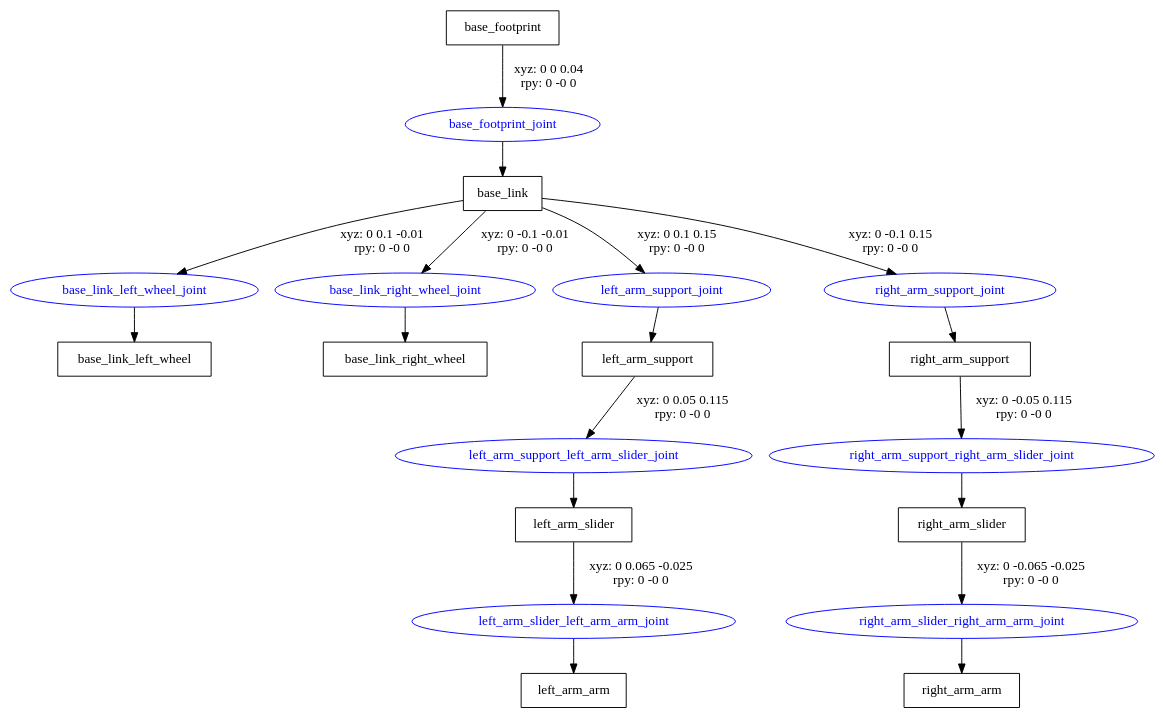
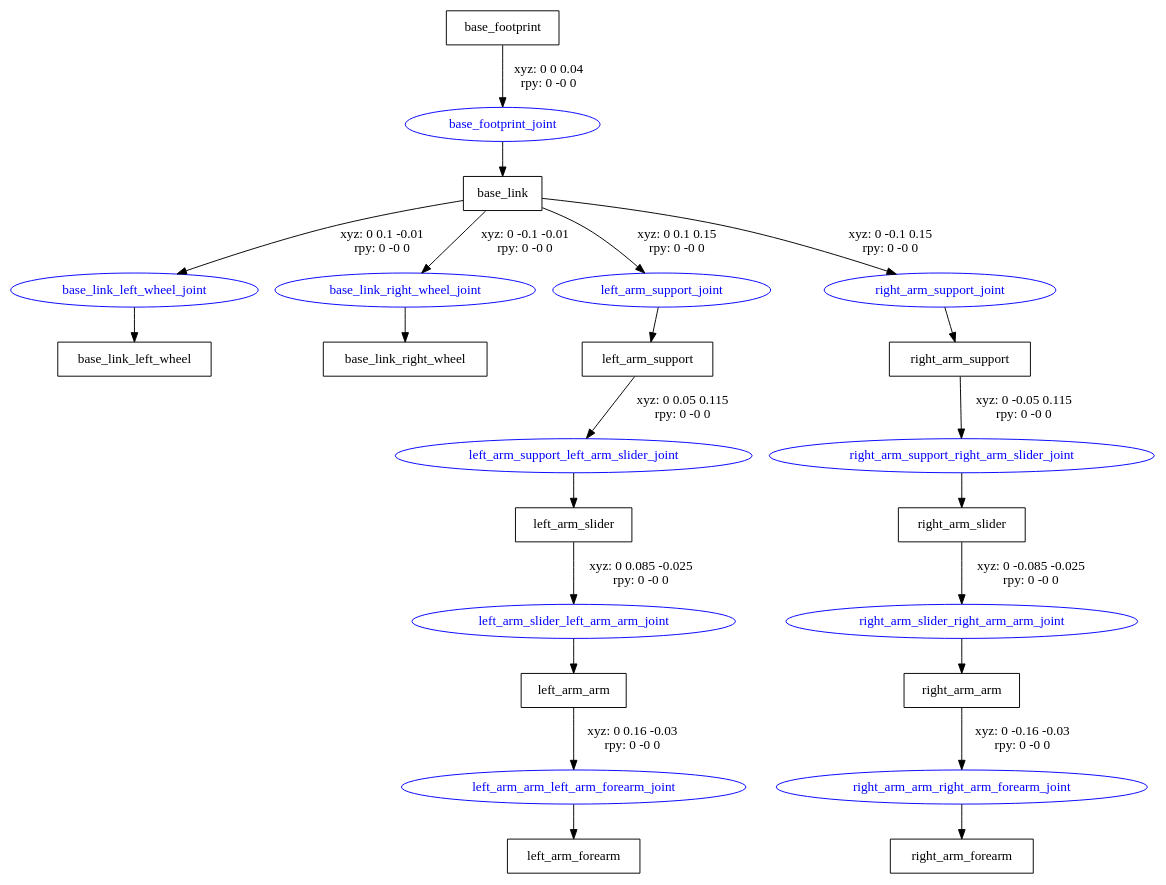
Before and after one commit to cvra/cvra_debra_ros: the diagram in debra_description/urdf/debra.gv, drawn with Graphviz. The commit also changed 5 other files, not shown here.

Commit message:
Add forearm link & elbow joint

```diff
--- a/debra_description/urdf/debra.gv
+++ b/debra_description/urdf/debra.gv
@@ -1,32 +1,38 @@
 digraph G {
 node [shape=box];
 "base_footprint" [label="base_footprint"];
 "base_link" [label="base_link"];
 "base_link_left_wheel" [label="base_link_left_wheel"];
 "base_link_right_wheel" [label="base_link_right_wheel"];
 "left_arm_support" [label="left_arm_support"];
 "left_arm_slider" [label="left_arm_slider"];
 "left_arm_arm" [label="left_arm_arm"];
+"left_arm_forearm" [label="left_arm_forearm"];
 "right_arm_support" [label="right_arm_support"];
 "right_arm_slider" [label="right_arm_slider"];
 "right_arm_arm" [label="right_arm_arm"];
+"right_arm_forearm" [label="right_arm_forearm"];
 node [shape=ellipse, color=blue, fontcolor=blue];
 "base_footprint" -> "base_footprint_joint" [label="xyz: 0 0 0.04 \nrpy: 0 -0 0"]
 "base_footprint_joint" -> "base_link"
 "base_link" -> "base_link_left_wheel_joint" [label="xyz: 0 0.1 -0.01 \nrpy: 0 -0 0"]
 "base_link_left_wheel_joint" -> "base_link_left_wheel"
 "base_link" -> "base_link_right_wheel_joint" [label="xyz: 0 -0.1 -0.01 \nrpy: 0 -0 0"]
 "base_link_right_wheel_joint" -> "base_link_right_wheel"
 "base_link" -> "left_arm_support_joint" [label="xyz: 0 0.1 0.15 \nrpy: 0 -0 0"]
 "left_arm_support_joint" -> "left_arm_support"
 "left_arm_support" -> "left_arm_support_left_arm_slider_joint" [label="xyz: 0 0.05 0.115 \nrpy: 0 -0 0"]
 "left_arm_support_left_arm_slider_joint" -> "left_arm_slider"
-"left_arm_slider" -> "left_arm_slider_left_arm_arm_joint" [label="xyz: 0 0.065 -0.025 \nrpy: 0 -0 0"]
+"left_arm_slider" -> "left_arm_slider_left_arm_arm_joint" [label="xyz: 0 0.085 -0.025 \nrpy: 0 -0 0"]
 "left_arm_slider_left_arm_arm_joint" -> "left_arm_arm"
+"left_arm_arm" -> "left_arm_arm_left_arm_forearm_joint" [label="xyz: 0 0.16 -0.03 \nrpy: 0 -0 0"]
+"left_arm_arm_left_arm_forearm_joint" -> "left_arm_forearm"
 "base_link" -> "right_arm_support_joint" [label="xyz: 0 -0.1 0.15 \nrpy: 0 -0 0"]
 "right_arm_support_joint" -> "right_arm_support"
 "right_arm_support" -> "right_arm_support_right_arm_slider_joint" [label="xyz: 0 -0.05 0.115 \nrpy: 0 -0 0"]
 "right_arm_support_right_arm_slider_joint" -> "right_arm_slider"
-"right_arm_slider" -> "right_arm_slider_right_arm_arm_joint" [label="xyz: 0 -0.065 -0.025 \nrpy: 0 -0 0"]
+"right_arm_slider" -> "right_arm_slider_right_arm_arm_joint" [label="xyz: 0 -0.085 -0.025 \nrpy: 0 -0 0"]
 "right_arm_slider_right_arm_arm_joint" -> "right_arm_arm"
+"right_arm_arm" -> "right_arm_arm_right_arm_forearm_joint" [label="xyz: 0 -0.16 -0.03 \nrpy: 0 -0 0"]
+"right_arm_arm_right_arm_forearm_joint" -> "right_arm_forearm"
 }
```
